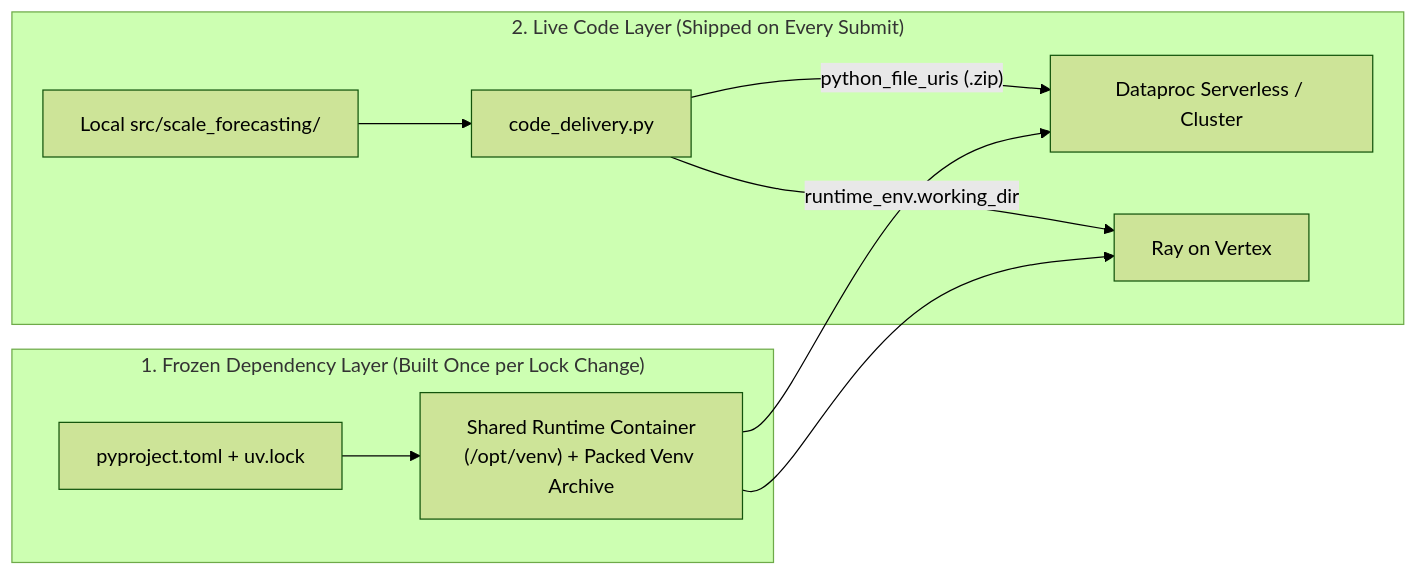
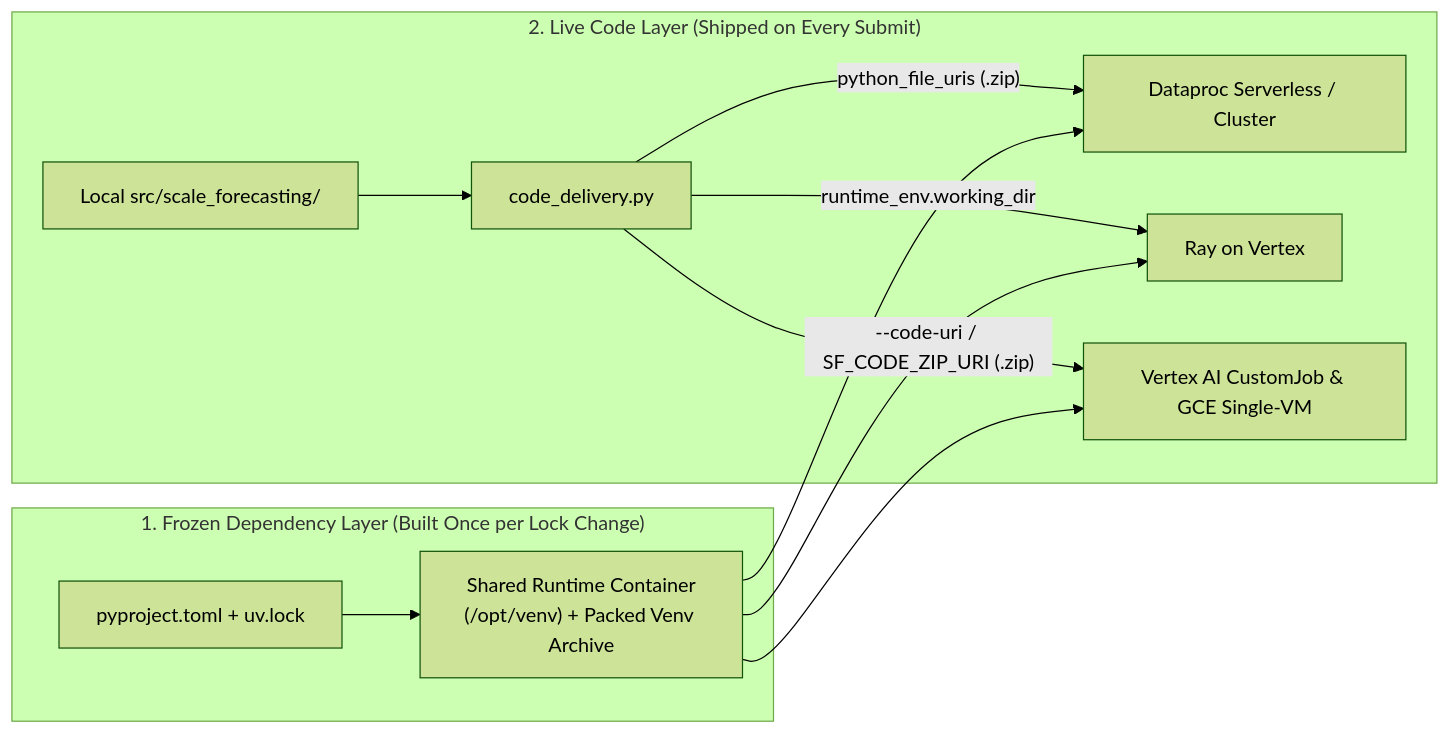
The diagram in docs/editing_code_without_rebuilding.md (statmike/scale-forecasting), drawn with Mermaid (forest theme) before and after one commit. The commit also changed other lines of this file and 69 other files, not shown here.

First line of the commit message:
feat(compute): add vertex and gce runtimes, unified compute params, GPU-VM catalog, and AGENTS.md

````diff
--- a/docs/editing_code_without_rebuilding.md
+++ b/docs/editing_code_without_rebuilding.md
@@ -13,12 +13,13 @@
 ```mermaid
 flowchart LR
     subgraph Frozen["1. Frozen Dependency Layer (Built Once per Lock Change)"]
         Lock["pyproject.toml + uv.lock"] --> Img["Shared Runtime Container\n(/opt/venv) + Packed Venv Archive"]
     end
     subgraph Live["2. Live Code Layer (Shipped on Every Submit)"]
         Src["Local src/scale_forecasting/"] --> Del["code_delivery.py"]
         Del -->|"python_file_uris (.zip)"| DP["Dataproc Serverless / Cluster"]
         Del -->|"runtime_env.working_dir"| Ray["Ray on Vertex"]
+        Del -->|"--code-uri / SF_CODE_ZIP_URI (.zip)"| Vtx["Vertex AI CustomJob & GCE Single-VM"]
     end
-    Img --> DP & Ray
+    Img --> DP & Ray & Vtx
 ```
````
